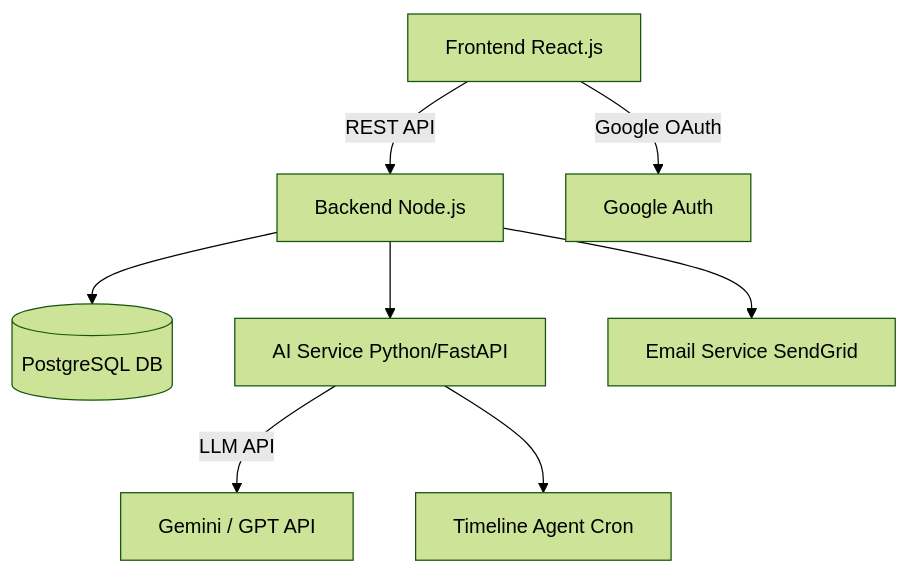
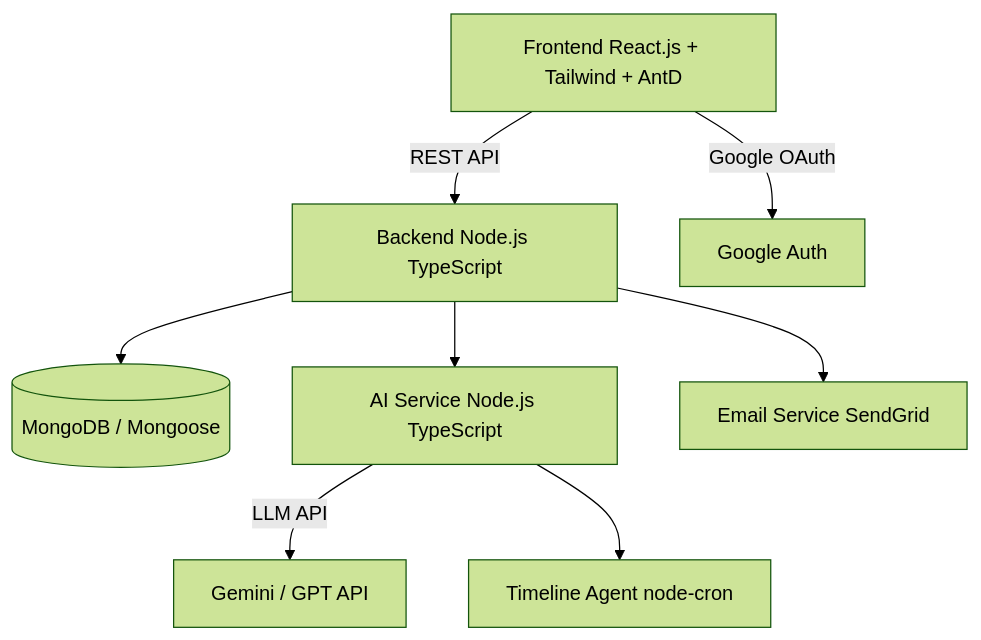
One commit to NCKH-LongT/NCKH-WDP changed the diagram in 04_proposed_system/diagrams/README.md. Above: the diagram before and after it, drawn with Mermaid (forest theme). The commit also changed 4 other files, not shown here.

Commit message:
method: update system architecture to MongoDB/Mongoose, TypeScript backend, React+Tailwind+AntDesign frontend

````diff
--- a/04_proposed_system/diagrams/README.md
+++ b/04_proposed_system/diagrams/README.md
@@ -24,10 +24,10 @@
 ```mermaid
 graph TD
-    A[Frontend React.js] -->|REST API| B[Backend Node.js]
-    B --> C[(PostgreSQL DB)]
-    B --> D[AI Service Python/FastAPI]
+    A[Frontend React.js + Tailwind + AntD] -->|REST API| B[Backend Node.js TypeScript]
+    B --> C[(MongoDB / Mongoose)]
+    B --> D[AI Service Node.js TypeScript]
     B --> E[Email Service SendGrid]
     D -->|LLM API| F[Gemini / GPT API]
-    D --> G[Timeline Agent Cron]
+    D --> G[Timeline Agent node-cron]
     A -->|Google OAuth| H[Google Auth]
 ```
````
